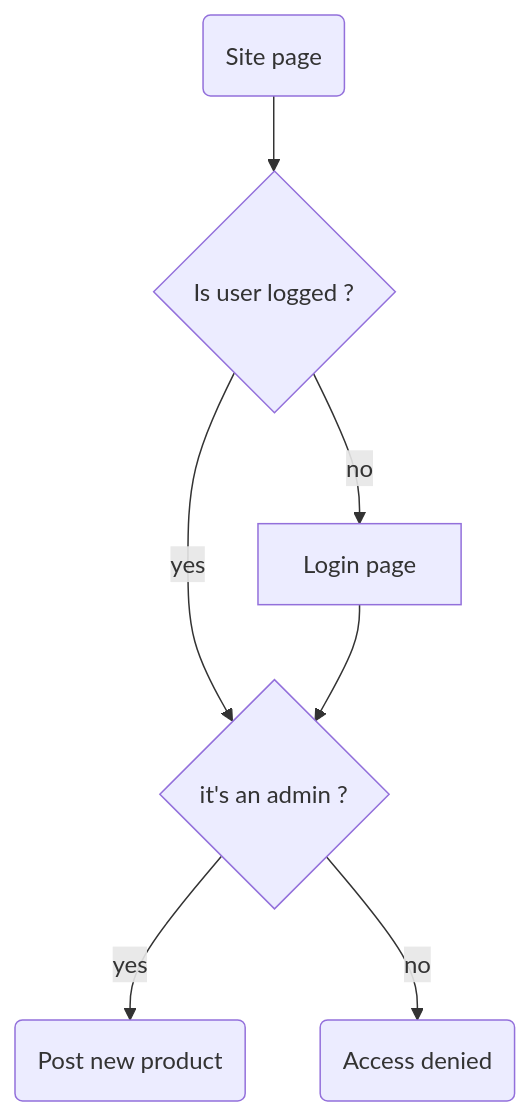
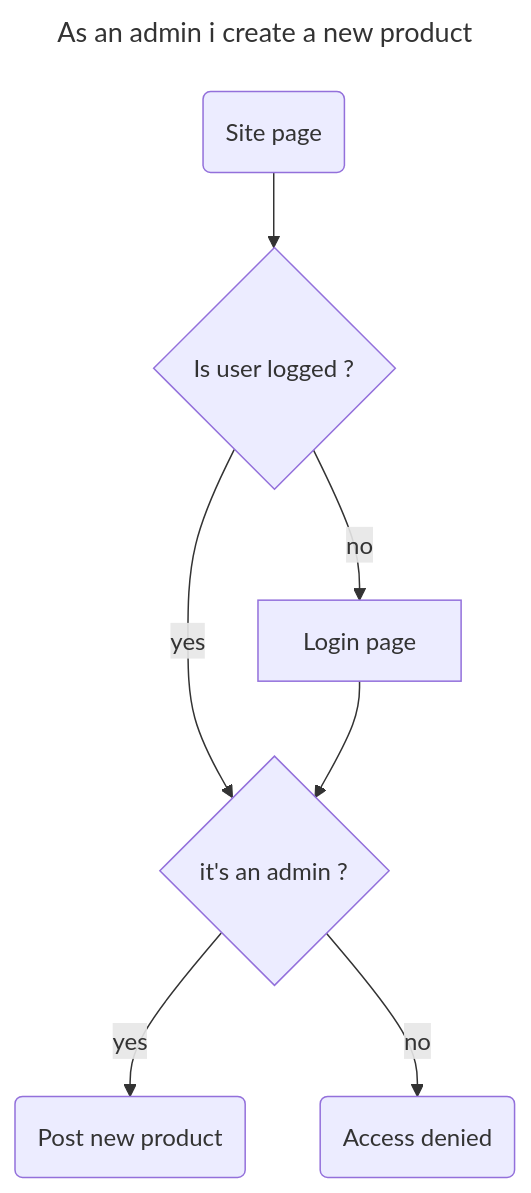
One commit to charlyol/ECommerce-SCHA changed the third of 8 diagrams in doc/featuresDiagrams.md. Above: the diagram before and after it, drawn with Mermaid. The commit also changed other lines of this file, not shown here.

Commit message:
features Diagrams fixed

````diff
--- a/doc/featuresDiagrams.md
+++ b/doc/featuresDiagrams.md
@@ -50,17 +52,20 @@
 ```mermaid
+---
+title : As an admin i create a new product
+---
 flowchart TB
 
 SI(Site page)
 CAP(Post new product)
 TESTAD{it's an admin ?}
 TESTLOG{Is user logged ?}
 LOG[Login page]
 ACD(Access denied)
 SI --> TESTLOG
 TESTLOG -- yes --> TESTAD
 TESTLOG -- no --> LOG
 LOG --> TESTAD
 TESTAD -- 	yes --> CAP
 TESTAD -- 	no --> ACD
 	
 ```
````
